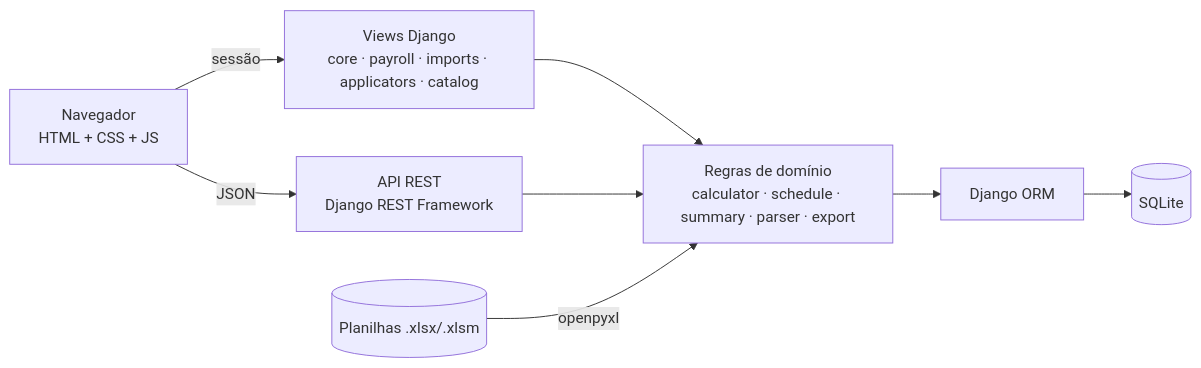
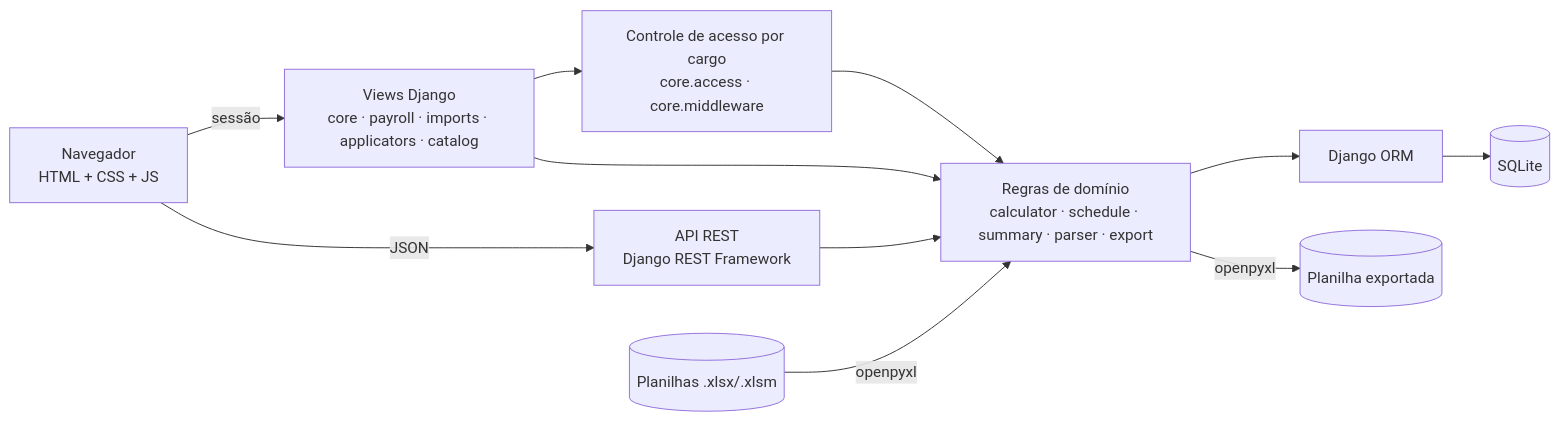
One commit to bernardozschaber/tp1-eng-soft changed the fourth of 4 diagrams in README.md. Above: the diagram before and after it, drawn with Mermaid. The commit also changed other lines of this file, not shown here.

First line of the commit message:
docs: complete the component diagram and frame the UML section

````diff
--- a/README.md
+++ b/README.md
@@ -400,10 +403,13 @@
 ```mermaid
 flowchart LR
     Browser[Navegador<br/>HTML + CSS + JS] -->|sessão| Views[Views Django<br/>core · payroll · imports · applicators · catalog]
     Browser -->|JSON| API[API REST<br/>Django REST Framework]
-    Views --> Domain[Regras de domínio<br/>calculator · schedule · summary · parser · export]
+    Views --> Access[Controle de acesso por cargo<br/>core.access · core.middleware]
+    Access --> Domain[Regras de domínio<br/>calculator · schedule · summary · parser · export]
+    Views --> Domain
     API --> Domain
     Domain --> ORM[Django ORM]
     ORM --> DB[(SQLite)]
     Excel[(Planilhas .xlsx/.xlsm)] -->|openpyxl| Domain
+    Domain -->|openpyxl| Export[(Planilha exportada)]
 ```
````
